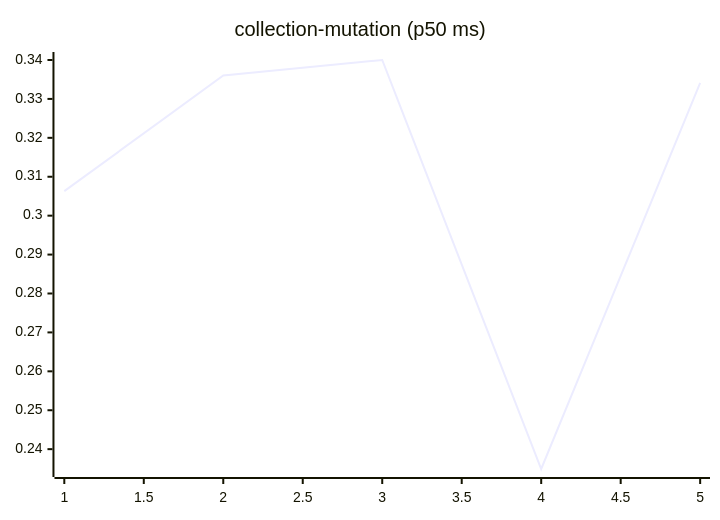
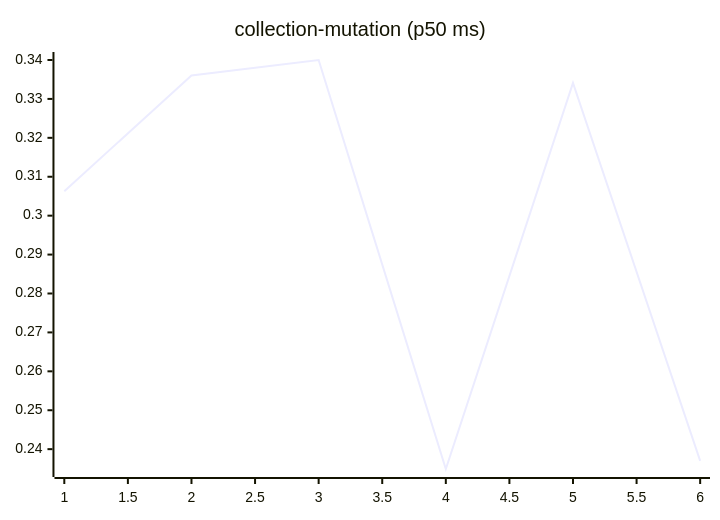
The sixth of 27 diagrams in README.md (josha/Facet), drawn with Mermaid before and after one commit. The commit also changed other lines of this file and 2 other files, not shown here.

````diff
--- a/README.md
+++ b/README.md
@@ -98,6 +98,6 @@
 ```mermaid
 xychart-beta
     title "collection-mutation (p50 ms)"
-    x-axis 1 --> 5
-    line [0.3063, 0.3360, 0.3400, 0.2349, 0.3341]
+    x-axis 1 --> 6
+    line [0.3063, 0.3360, 0.3400, 0.2349, 0.3341, 0.2370]
 ```
````
